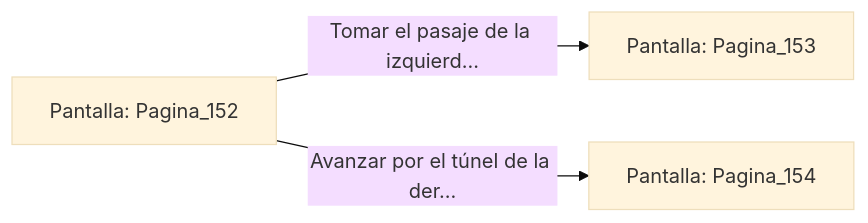
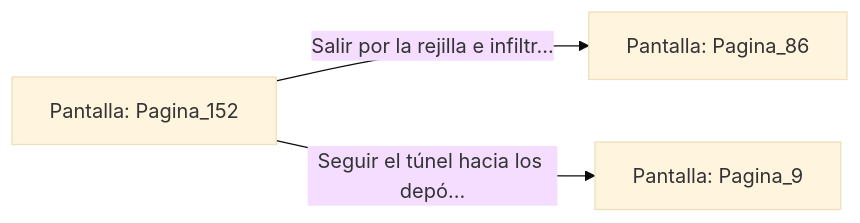
One commit to metsuke/mpl changed the diagram in sample/eligejuego-vault/Pantalla_Pagina_152.md. Above: the diagram before and after it, drawn with Mermaid (base theme). The commit also changed other lines of this file and 635 other files, not shown here.

First line of the commit message:
fix: añadir Pagina_1 como pantalla inicial en capitulo_01.mpl

````diff
--- a/sample/eligejuego-vault/Pantalla_Pagina_152.md
+++ b/sample/eligejuego-vault/Pantalla_Pagina_152.md
@@ -20,6 +22,6 @@
 ```mermaid
 graph LR
     P_Pagina_152["Pantalla: Pagina_152"]
-    P_Pagina_152 -->|"Tomar el pasaje de la izquierd..."| P_Pagina_153["Pantalla: Pagina_153"]
-    P_Pagina_152 -->|"Avanzar por el túnel de la der..."| P_Pagina_154["Pantalla: Pagina_154"]
+    P_Pagina_152 -->|"Salir por la rejilla e infiltr..."| P_Pagina_86["Pantalla: Pagina_86"]
+    P_Pagina_152 -->|"Seguir el túnel hacia los depó..."| P_Pagina_9["Pantalla: Pagina_9"]
 ```
````
